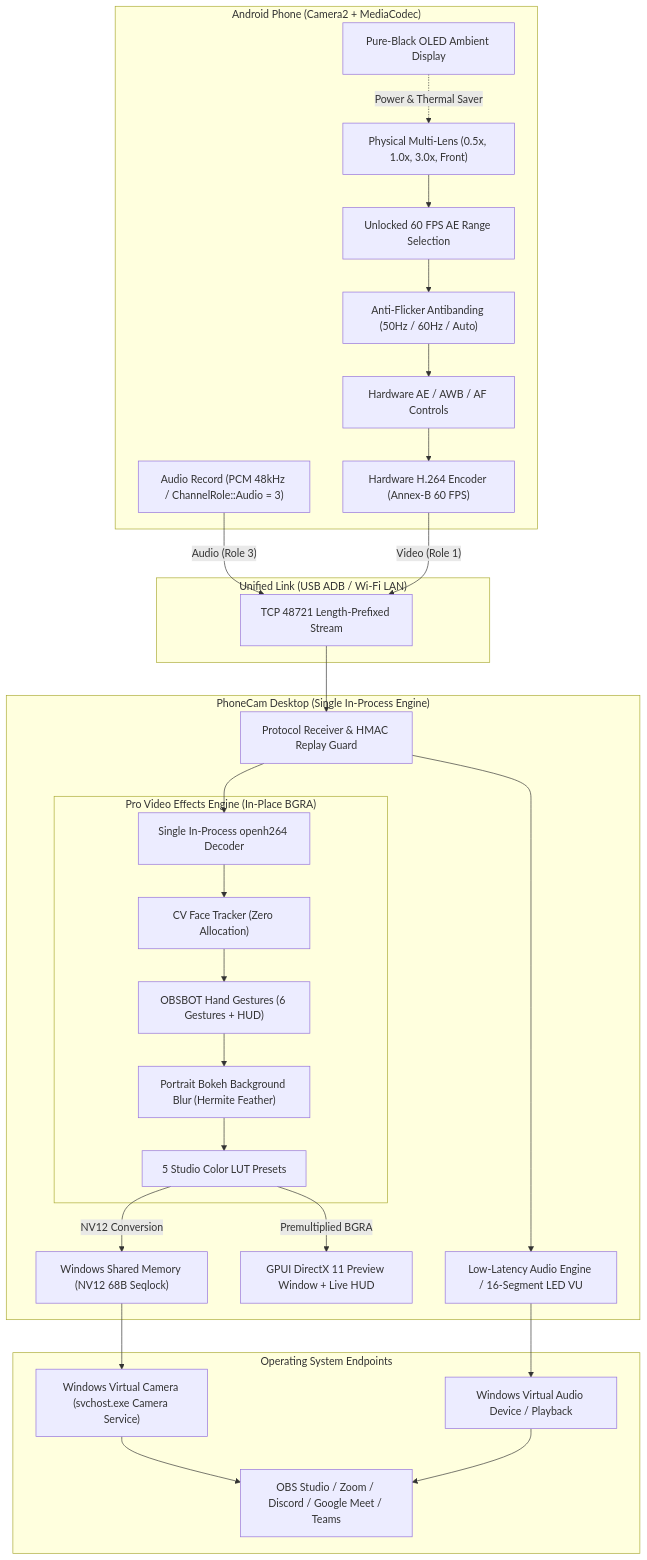
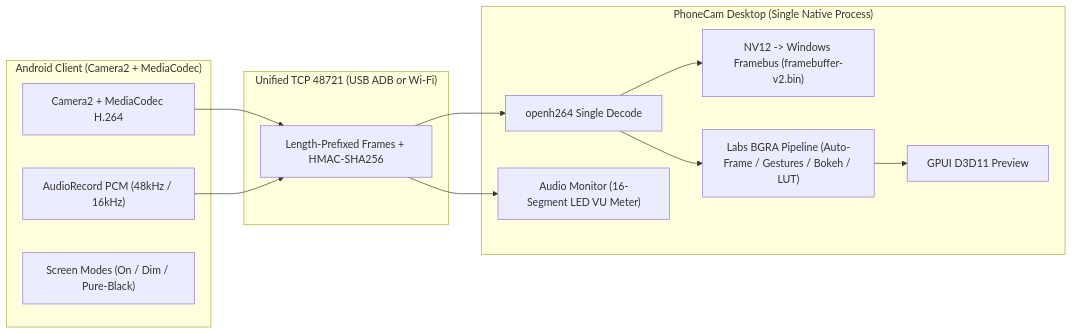
The diagram in docs/pro-features.md (primahagantha/phonecam), drawn with Mermaid before and after one commit. The commit also changed other lines of this file and 15 other files, not shown here.

````diff
--- a/docs/pro-features.md
+++ b/docs/pro-features.md
@@ -16,54 +11,27 @@
 ```mermaid
-flowchart TD
-    subgraph AndroidDevice["Android Phone (Camera2 + MediaCodec)"]
-        Sensors["Physical Multi-Lens (0.5x, 1.0x, 3.0x, Front)"]
-        AE60["Unlocked 60 FPS AE Range Selection"]
-        AntiFlicker["Anti-Flicker Antibanding (50Hz / 60Hz / Auto)"]
-        Manuals["Hardware AE / AWB / AF Controls"]
-        OLED["Pure-Black OLED Ambient Display"]
-        AudioCap["Audio Record (PCM 48kHz / ChannelRole::Audio = 3)"]
-        H264Enc["Hardware H.264 Encoder (Annex-B 60 FPS)"]
-        
-        Sensors --> AE60 --> AntiFlicker --> Manuals --> H264Enc
-        OLED -.->|"Power & Thermal Saver"| Sensors
+flowchart LR
+    subgraph Android["Android Client (Camera2 + MediaCodec)"]
+        Cam["Camera2 + MediaCodec H.264"]
+        Mic["AudioRecord PCM (48kHz / 16kHz)"]
+        OLED["Screen Modes (On / Dim / Pure-Black)"]
     end
 
-    subgraph Transport["Unified Link (USB ADB / Wi-Fi LAN)"]
-        TCPStream["TCP 48721 Length-Prefixed Stream"]
-        H264Enc -->|"Video (Role 1)"| TCPStream
-        AudioCap -->|"Audio (Role 3)"| TCPStream
+    subgraph Transport["Unified TCP 48721 (USB ADB or Wi-Fi)"]
+        TCP["Length-Prefixed Frames + HMAC-SHA256"]
     end
 
-    subgraph DesktopProcess["PhoneCam Desktop (Single In-Process Engine)"]
-        TCPRx["Protocol Receiver & HMAC Replay Guard"]
-        OpenH264["Single In-Process openh264 Decoder"]
-        
-        subgraph ProMediaPipeline["Pro Video Effects Engine (In-Place BGRA)"]
-            CVFace["CV Face Tracker (Zero Allocation)"]
-            CVGest["OBSBOT Hand Gestures (6 Gestures + HUD)"]
-            Blur["Portrait Bokeh Background Blur (Hermite Feather)"]
-            LUT["5 Studio Color LUT Presets"]
-            
-            OpenH264 --> CVFace --> CVGest --> Blur --> LUT
-        end
-        
-        AudioEngine["Low-Latency Audio Engine / 16-Segment LED VU"]
-        Framebus["Windows Shared Memory (NV12 68B Seqlock)"]
-        GPUIPreview["GPUI DirectX 11 Preview Window + Live HUD"]
-        
-        TCPStream --> TCPRx
-        TCPRx --> OpenH264
-        TCPRx --> AudioEngine
-        LUT -->|"NV12 Conversion"| Framebus
-        LUT -->|"Premultiplied BGRA"| GPUIPreview
+    subgraph Desktop["PhoneCam Desktop (Single Native Process)"]
+        Dec["openh264 Single Decode"]
+        NV12["NV12 -> Windows Framebus (framebuffer-v2.bin)"]
+        Labs["Labs BGRA Pipeline (Auto-Frame / Gestures / Bokeh / LUT)"]
+        UI["GPUI D3D11 Preview"]
+        VU["Audio Monitor (16-Segment LED VU Meter)"]
     end
 
-    subgraph SystemOutputs["Operating System Endpoints"]
-        VCam["Windows Virtual Camera (svchost.exe Camera Service)"]
-        Mic["Windows Virtual Audio Device / Playback"]
-        Apps["OBS Studio / Zoom / Discord / Google Meet / Teams"]
-        
-        Framebus --> VCam --> Apps
-        AudioEngine --> Mic --> Apps
-    end
+    Cam --> TCP
+    Mic --> TCP
+    TCP --> Dec
+    TCP --> VU
+    Dec --> NV12
+    Dec --> Labs --> UI
 ```
````
